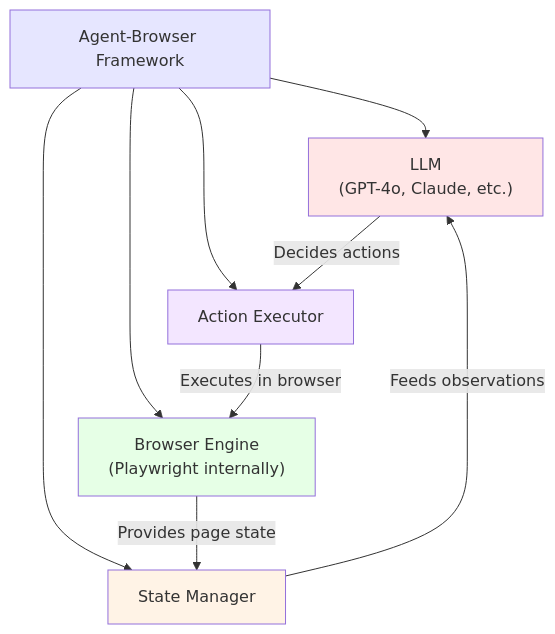
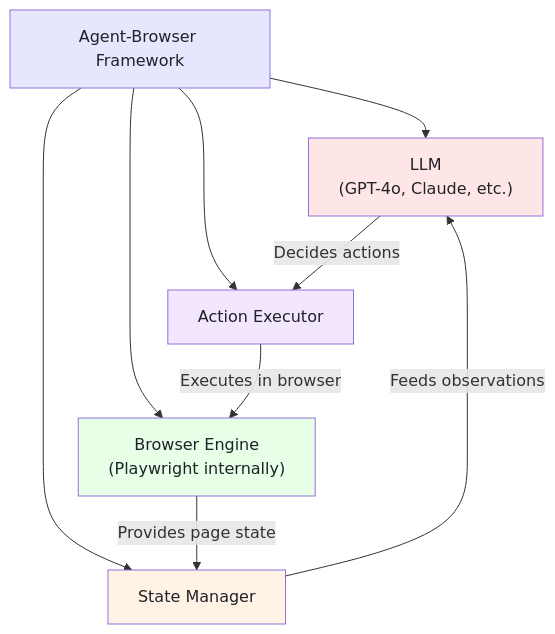
The second of 5 diagrams in _posts/2026-02-18-agent-browser-vs-playwright-cli-ai-browser-control.md (bytetunnels/bytetunnels.github.com), drawn with Mermaid before and after one commit. The commit also changed other lines of this file and 118 other files, not shown here.

Commit message:
feat: improve diagram styling and compact wide flowcharts

````diff
--- a/_posts/2026-02-18-agent-browser-vs-playwright-cli-ai-browser-control.md
+++ b/_posts/2026-02-18-agent-browser-vs-playwright-cli-ai-browser-control.md
@@ -154,18 +154,18 @@
 ```mermaid
 graph TD
     A["Agent-Browser Framework"] --> B["LLM<br>(GPT-4o, Claude, etc.)"]
     A --> C["Browser Engine<br>(Playwright internally)"]
     A --> D["State Manager"]
     A --> E["Action Executor"]
 
     B -->|"Decides actions"| E
     C -->|"Provides page state"| D
     D -->|"Feeds observations"| B
     E -->|"Executes in browser"| C
 
-    style A fill:#e6e6ff
-    style B fill:#ffe6e6
-    style C fill:#e6ffe6
-    style D fill:#fff3e6
-    style E fill:#f3e6ff
+    style A fill:#e6e6ff,color:#1f2328
+    style B fill:#ffe6e6,color:#1f2328
+    style C fill:#e6ffe6,color:#1f2328
+    style D fill:#fff3e6,color:#1f2328
+    style E fill:#f3e6ff,color:#1f2328
 ```
````
